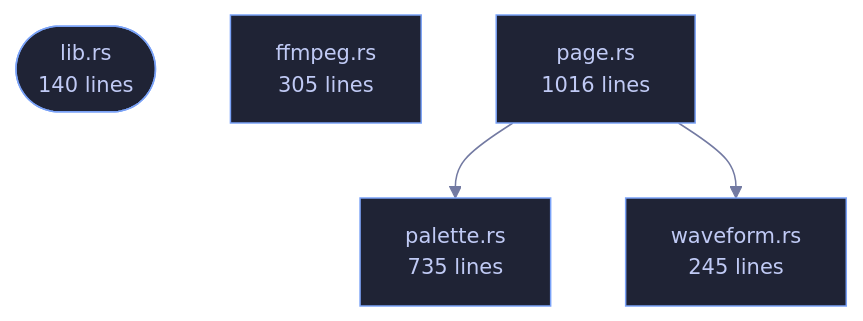
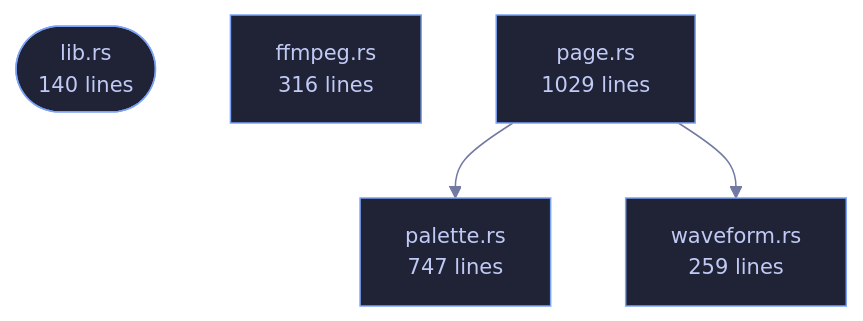
One commit to tilas01/veilvoice changed the diagram in crates/veilvoice-video/README.md. Above: the diagram before and after it, drawn with Mermaid. The commit also changed other lines of this file and 487 other files, not shown here.

````diff
--- a/crates/veilvoice-video/README.md
+++ b/crates/veilvoice-video/README.md
@@ -90,16 +90,16 @@
 ```mermaid
 %%{init: {"theme":"base","themeVariables":{"background":"#1a1b26","primaryColor":"#1f2335","primaryTextColor":"#c0caf5","primaryBorderColor":"#7aa2f7","secondaryColor":"#16161e","tertiaryColor":"#16161e","lineColor":"#737aa2","textColor":"#c0caf5","mainBkg":"#1f2335","nodeBorder":"#7aa2f7","clusterBkg":"#16161e","clusterBorder":"#2f3549","fontFamily":"ui-monospace, SFMono-Regular, Consolas, monospace","fontSize":"14px"}}}%%
 flowchart TD
     n_lib(["lib.rs<br/>140 lines"])
-    n_ffmpeg["ffmpeg.rs<br/>305 lines"]
-    n_page["page.rs<br/>1016 lines"]
-    n_palette["palette.rs<br/>735 lines"]
-    n_waveform["waveform.rs<br/>245 lines"]
+    n_ffmpeg["ffmpeg.rs<br/>316 lines"]
+    n_page["page.rs<br/>1029 lines"]
+    n_palette["palette.rs<br/>747 lines"]
+    n_waveform["waveform.rs<br/>259 lines"]
     n_page --> n_palette
     n_page --> n_waveform
     click n_lib href "https://github.com/tilas01/veilvoice/blob/main/crates/veilvoice-video/src/lib.rs" "open the source"
     click n_ffmpeg href "https://github.com/tilas01/veilvoice/blob/main/crates/veilvoice-video/src/ffmpeg.rs" "open the source"
     click n_page href "https://github.com/tilas01/veilvoice/blob/main/crates/veilvoice-video/src/page.rs" "open the source"
     click n_palette href "https://github.com/tilas01/veilvoice/blob/main/crates/veilvoice-video/src/palette.rs" "open the source"
     click n_waveform href "https://github.com/tilas01/veilvoice/blob/main/crates/veilvoice-video/src/waveform.rs" "open the source"
 ```
````
